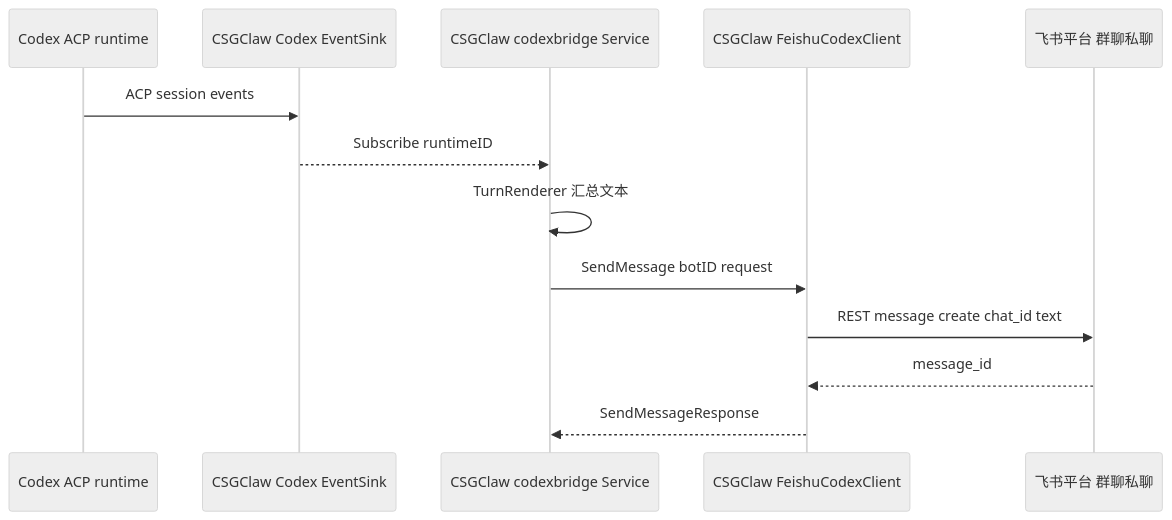
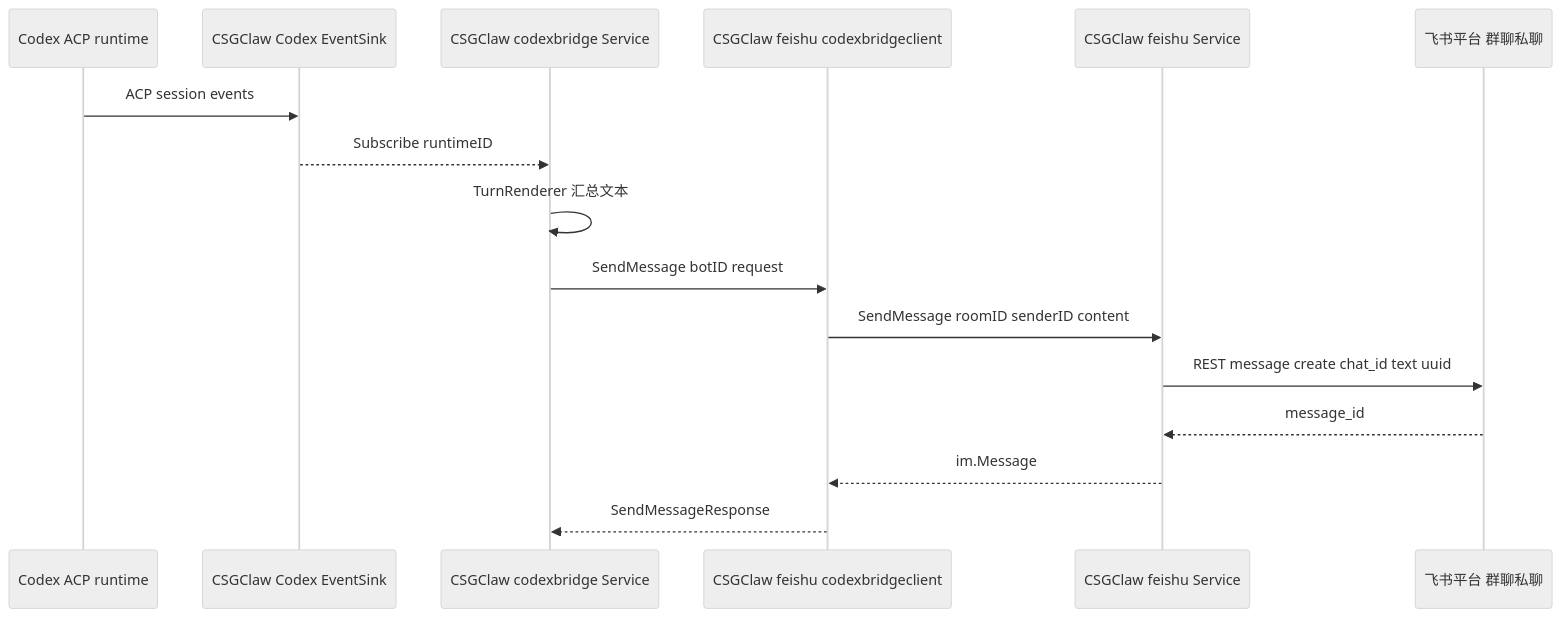
The eighth of 12 diagrams in docs/channel/codex-feishu.zh.md (GatewayJ/csgclaw), drawn with Mermaid (neutral theme) before and after one commit. The commit also changed other lines of this file, not shown here.

Commit message:
docs: align codex feishu bridge boundaries

````diff
--- a/docs/channel/codex-feishu.zh.md
+++ b/docs/channel/codex-feishu.zh.md
@@ -182,16 +190,19 @@
 ```mermaid
 sequenceDiagram
     participant Codex as Codex ACP runtime
     participant Sink as CSGClaw Codex EventSink
     participant Bridge as CSGClaw codexbridge Service
-    participant Client as CSGClaw FeishuCodexClient
+    participant Adapter as CSGClaw feishu codexbridgeclient
+    participant Service as CSGClaw feishu Service
     participant Feishu as 飞书平台 群聊私聊
 
     Codex->>Sink: ACP session events
     Sink-->>Bridge: Subscribe runtimeID
     Bridge->>Bridge: TurnRenderer 汇总文本
-    Bridge->>Client: SendMessage botID request
-    Client->>Feishu: REST message create chat_id text
-    Feishu-->>Client: message_id
-    Client-->>Bridge: SendMessageResponse
+    Bridge->>Adapter: SendMessage botID request
+    Adapter->>Service: SendMessage roomID senderID content
+    Service->>Feishu: REST message create chat_id text uuid
+    Feishu-->>Service: message_id
+    Service-->>Adapter: im.Message
+    Adapter-->>Bridge: SendMessageResponse
 ```
````
